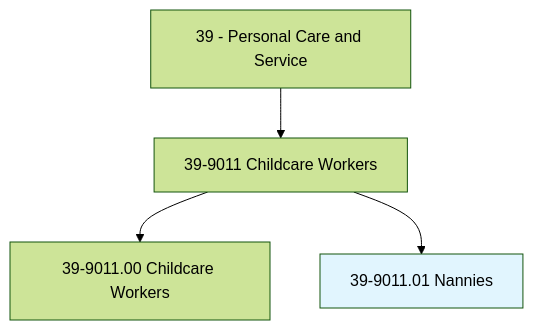
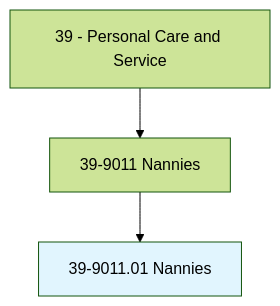
The first of 4 diagrams in occupations/PersonalService/Nannies.mdx (kziemski/business.org.ai), drawn with Mermaid (forest theme) before and after one commit. The commit also changed other lines of this file and 938 other files, not shown here.

````diff
--- a/occupations/PersonalService/Nannies.mdx
+++ b/occupations/PersonalService/Nannies.mdx
@@ -19,7 +23,6 @@
 ```mermaid
 graph TD
-    Cat39["39 - Personal Care and Service"] --> Group399011["39-9011 Childcare Workers"]
-    Group399011 --> Base["39-9011.00 Childcare Workers"]
+    Cat39["39 - Personal Care and Service"] --> Group399011["39-9011 Nannies"]
     Group399011 --> Current["39-9011.01 Nannies"]
     style Current fill:#e1f5fe
 ```
````
